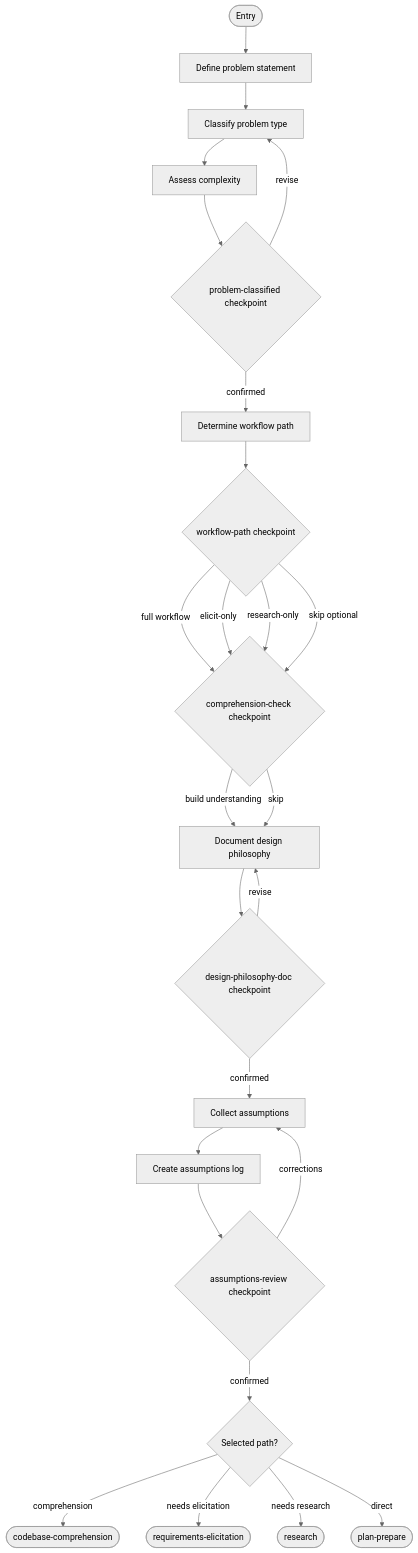
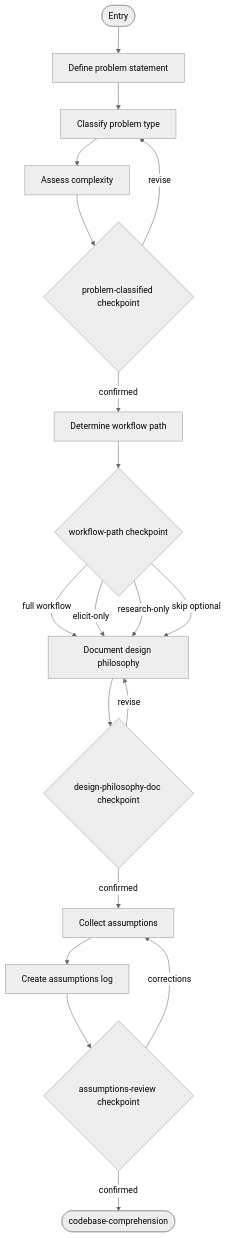
Before and after one commit to m2ux/workflow-server: the second of 14 diagrams in work-package/activities/README.md, drawn with Mermaid (neutral theme). The commit also changed other lines of this file and 7 other files, not shown here.

First line of the commit message:
feat(work-package): make codebase comprehension mandatory

````diff
--- a/work-package/activities/README.md
+++ b/work-package/activities/README.md
@@ -123,33 +121,24 @@
 ```mermaid
 graph TD
     entryNode(["Entry"]) --> defineProblem["Define problem statement"]
     defineProblem --> classifyProblem["Classify problem type"]
     classifyProblem --> assessComplexity["Assess complexity"]
     assessComplexity --> cpClassified{"problem-classified checkpoint"}
     cpClassified -->|"confirmed"| determinePath["Determine workflow path"]
     cpClassified -->|"revise"| classifyProblem
 
     determinePath --> cpPath{"workflow-path checkpoint"}
-    cpPath -->|"full workflow"| cpComprehension
-    cpPath -->|"elicit-only"| cpComprehension
-    cpPath -->|"research-only"| cpComprehension
-    cpPath -->|"skip optional"| cpComprehension
+    cpPath -->|"full workflow"| docPhilosophy
+    cpPath -->|"elicit-only"| docPhilosophy
+    cpPath -->|"research-only"| docPhilosophy
+    cpPath -->|"skip optional"| docPhilosophy
 
-    cpComprehension{"comprehension-check checkpoint"}
-    cpComprehension -->|"build understanding"| docPhilosophy["Document design philosophy"]
-    cpComprehension -->|"skip"| docPhilosophy
-
-    docPhilosophy --> cpDoc{"design-philosophy-doc checkpoint"}
+    docPhilosophy["Document design philosophy"] --> cpDoc{"design-philosophy-doc checkpoint"}
     cpDoc -->|"confirmed"| collectAssumptions["Collect assumptions"]
     cpDoc -->|"revise"| docPhilosophy
 
     collectAssumptions --> createLog["Create assumptions log"]
     createLog --> cpAssumptions{"assumptions-review checkpoint"}
-    cpAssumptions -->|"confirmed"| pathBranch{"Selected path?"}
+    cpAssumptions -->|"confirmed"| exitComprehension(["codebase-comprehension"])
     cpAssumptions -->|"corrections"| collectAssumptions
-
-    pathBranch -->|"comprehension"| exitComprehension(["codebase-comprehension"])
-    pathBranch -->|"needs elicitation"| exitElicit(["requirements-elicitation"])
-    pathBranch -->|"needs research"| exitResearch(["research"])
-    pathBranch -->|"direct"| exitPlan(["plan-prepare"])
 ```
````
